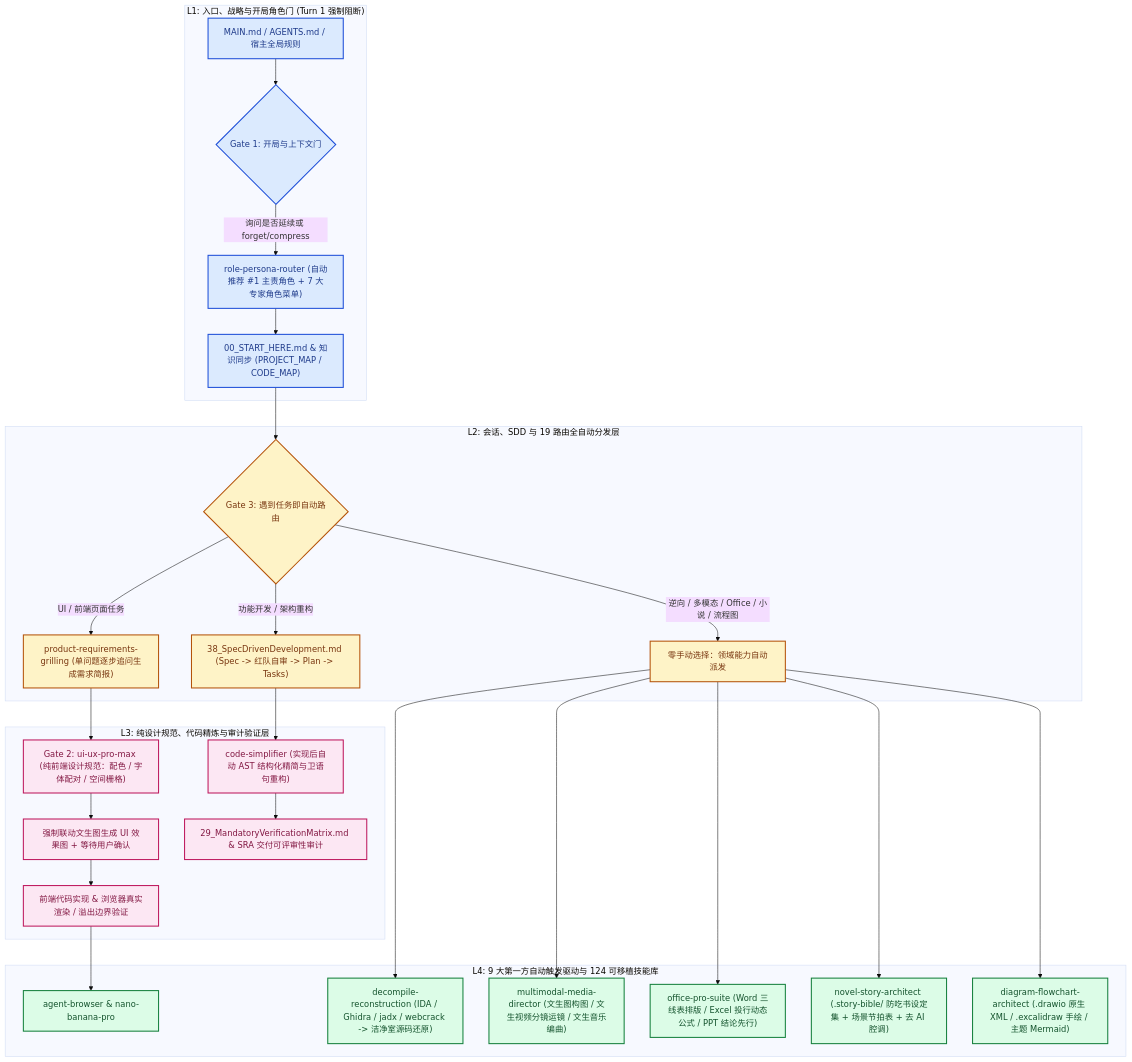
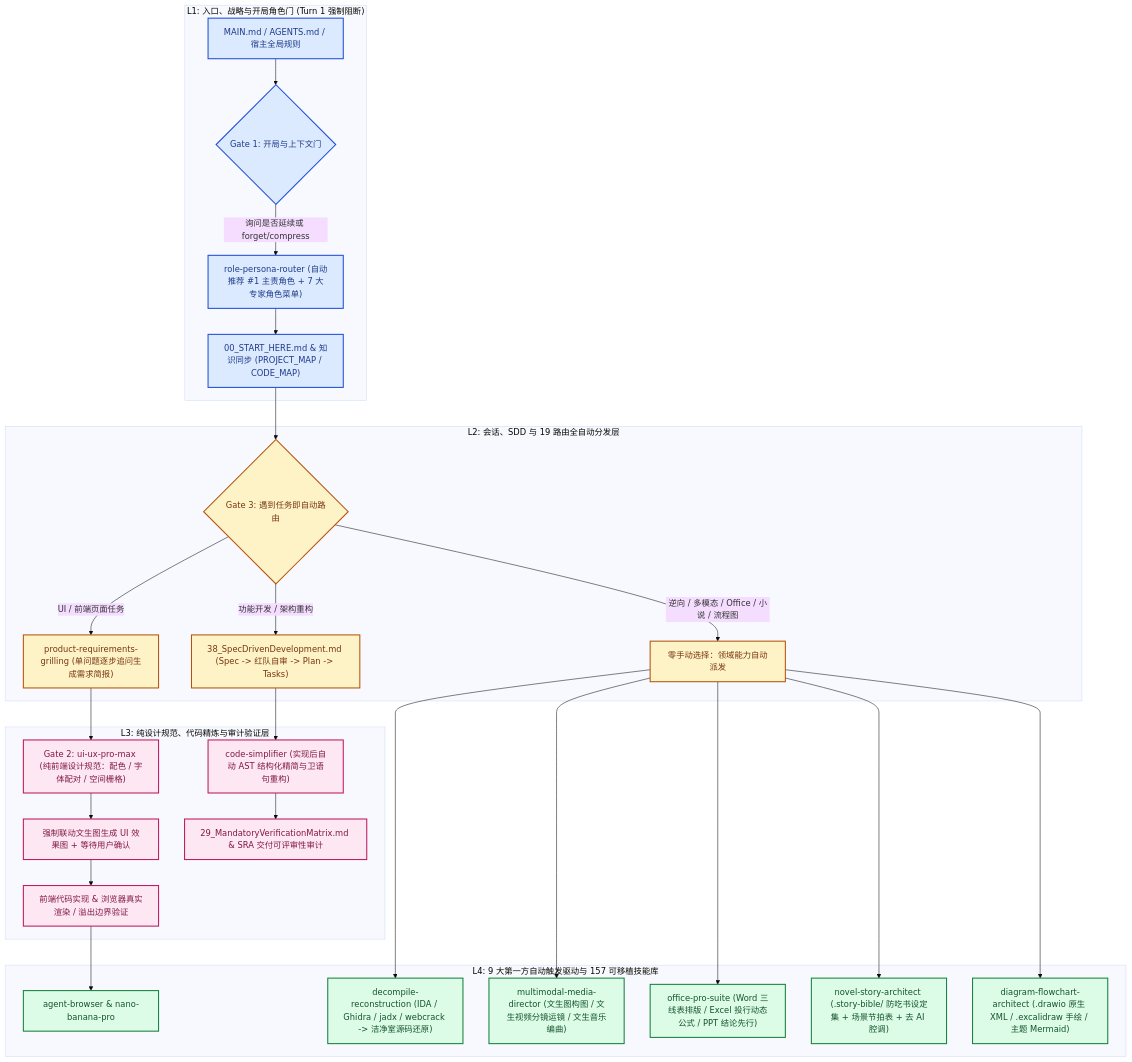
The first of 2 diagrams in 00_README.md (UIhoshi/AgentLogic), drawn with Mermaid (base theme) before and after one commit. The commit also changed other lines of this file and 3237 other files, not shown here.

````diff
--- a/00_README.md
+++ b/00_README.md
@@ -53,42 +53,42 @@
 ```mermaid
 flowchart TD
     subgraph L1 ["L1: 入口、战略与开局角色门 (Turn 1 强制阻断)"]
         Entry["MAIN.md / AGENTS.md / 宿主全局规则"] --> Gate1{"Gate 1: 开局与上下文门"}
         Gate1 -->|"询问是否延续或 forget/compress"| RoleRouter["role-persona-router (自动推荐 #1 主责角色 + 7 大专家角色菜单)"]
         RoleRouter --> Check["00_START_HERE.md & 知识同步 (PROJECT_MAP / CODE_MAP)"]
     end
 
     subgraph L2 ["L2: 会话、SDD 与 19 路由全自动分发层"]
         Check --> Router{"Gate 3: 遇到任务即自动路由"}
         Router -->|"UI / 前端页面任务"| Grilling["product-requirements-grilling (单问题逐步追问生成需求简报)"]
         Router -->|"功能开发 / 架构重构"| SDD["38_SpecDrivenDevelopment.md (Spec -> 红队自审 -> Plan -> Tasks)"]
         Router -->|"逆向 / 多模态 / Office / 小说 / 流程图"| DomainDispatch["零手动选择：领域能力自动派发"]
     end
 
     subgraph L3 ["L3: 纯设计规范、代码精炼与审计验证层"]
         Grilling --> UIProMax["Gate 2: ui-ux-pro-max (纯前端设计规范：配色 / 字体配对 / 空间栅格)"]
         UIProMax --> MockupGate["强制联动文生图生成 UI 效果图 + 等待用户确认"]
         MockupGate --> UIImpl["前端代码实现 & 浏览器真实渲染 / 溢出边界验证"]
         SDD --> CodeSimp["code-simplifier (实现后自动 AST 结构化精简与卫语句重构)"]
         CodeSimp --> Verify["29_MandatoryVerificationMatrix.md & SRA 交付可评审性审计"]
     end
 
-    subgraph L4 ["L4: 9 大第一方自动触发驱动与 124 可移植技能库"]
+    subgraph L4 ["L4: 9 大第一方自动触发驱动与 157 可移植技能库"]
         UIImpl --> BrowserSkill["agent-browser & nano-banana-pro"]
         DomainDispatch --> Decompile["decompile-reconstruction (IDA / Ghidra / jadx / webcrack -> 洁净室源码还原)"]
         DomainDispatch --> MediaDir["multimodal-media-director (文生图构图 / 文生视频分镜运镜 / 文生音乐编曲)"]
         DomainDispatch --> OfficePro["office-pro-suite (Word 三线表排版 / Excel 投行动态公式 / PPT 结论先行)"]
         DomainDispatch --> NovelArch["novel-story-architect (.story-bible/ 防吃书设定集 + 场景节拍表 + 去 AI 腔调)"]
         DomainDispatch --> DiagramArch["diagram-flowchart-architect (.drawio 原生 XML / .excalidraw 手绘 / 主题 Mermaid)"]
     end
 
     classDef l1 fill:#dbeafe,stroke:#1d4ed8,color:#1e3a8a,stroke-width:2px
     classDef l2 fill:#fef3c7,stroke:#b45309,color:#78350f,stroke-width:2px
     classDef l3 fill:#fce7f3,stroke:#be185d,color:#831843,stroke-width:2px
     classDef l4 fill:#dcfce7,stroke:#15803d,color:#14532d,stroke-width:2px
 
     class Entry,Gate1,RoleRouter,Check l1
     class Router,Grilling,SDD,DomainDispatch l2
     class UIProMax,MockupGate,UIImpl,CodeSimp,Verify l3
     class BrowserSkill,Decompile,MediaDir,OfficePro,NovelArch,DiagramArch l4
 ```
````
